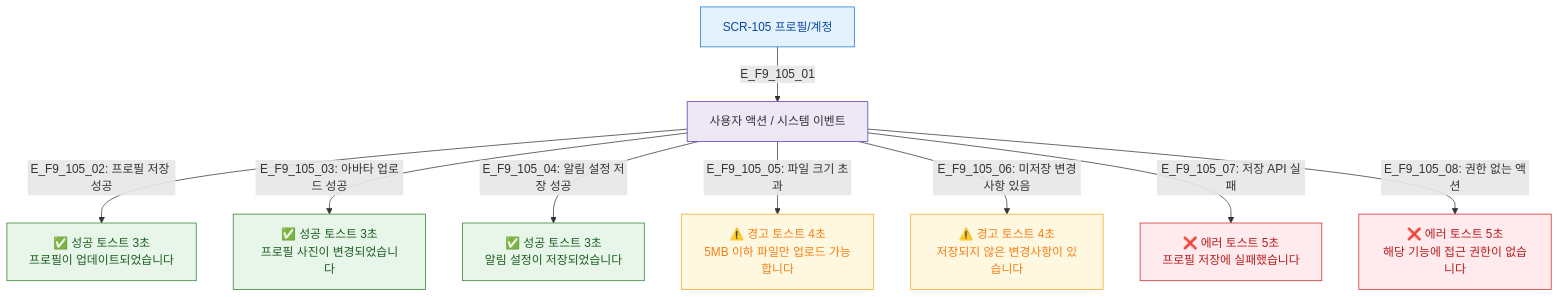
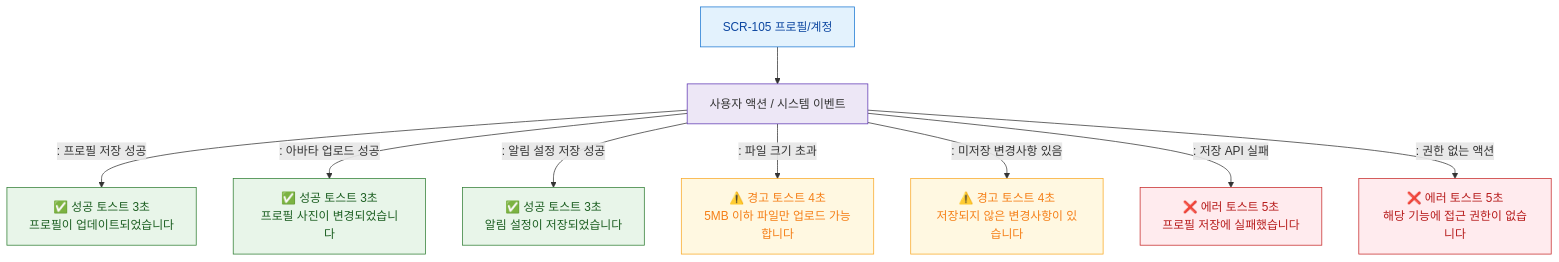
Before and after one commit to dev-spogym/admin-pando: the diagram in docs/다이어그램/D01_공통/SCR-105_프로필_계정/F9_토스트.md, drawn with Mermaid. The commit also changed other lines of this file and 1660 other files, not shown here.

First line of the commit message:
다이어그램: 기획자/클라이언트 납품본으로 정리

````diff
--- a/docs/다이어그램/D01_공통/SCR-105_프로필_계정/F9_토스트.md
+++ b/docs/다이어그램/D01_공통/SCR-105_프로필_계정/F9_토스트.md
@@ -19,25 +17,25 @@
 ```mermaid
 flowchart TD
-    SCR_105[SCR-105 프로필/계정] -->|E_F9_105_01| ACTIONS[사용자 액션 / 시스템 이벤트]
+    SCR_105[SCR-105 프로필/계정] --> ACTIONS[사용자 액션 / 시스템 이벤트]
 
-    ACTIONS -->|"E_F9_105_02: 프로필 저장 성공"| T_SUCCESS_1[✅ 성공 토스트 3초\n프로필이 업데이트되었습니다]
-    ACTIONS -->|"E_F9_105_03: 아바타 업로드 성공"| T_SUCCESS_2[✅ 성공 토스트 3초\n프로필 사진이 변경되었습니다]
-    ACTIONS -->|"E_F9_105_04: 알림 설정 저장 성공"| T_SUCCESS_3[✅ 성공 토스트 3초\n알림 설정이 저장되었습니다]
+    ACTIONS -->|": 프로필 저장 성공"|T_SUCCESS_1[✅ 성공 토스트 3초\n프로필이 업데이트되었습니다]
+    ACTIONS -->|": 아바타 업로드 성공"|T_SUCCESS_2[✅ 성공 토스트 3초\n프로필 사진이 변경되었습니다]
+    ACTIONS -->|": 알림 설정 저장 성공"|T_SUCCESS_3[✅ 성공 토스트 3초\n알림 설정이 저장되었습니다]
 
-    ACTIONS -->|"E_F9_105_05: 파일 크기 초과"| T_WARN_1[⚠️ 경고 토스트 4초\n5MB 이하 파일만 업로드 가능합니다]
-    ACTIONS -->|"E_F9_105_06: 미저장 변경사항 있음"| T_WARN_2[⚠️ 경고 토스트 4초\n저장되지 않은 변경사항이 있습니다]
+    ACTIONS -->|": 파일 크기 초과"|T_WARN_1[⚠️ 경고 토스트 4초\n5MB 이하 파일만 업로드 가능합니다]
+    ACTIONS -->|": 미저장 변경사항 있음"|T_WARN_2[⚠️ 경고 토스트 4초\n저장되지 않은 변경사항이 있습니다]
 
-    ACTIONS -->|"E_F9_105_07: 저장 API 실패"| T_ERR_1[❌ 에러 토스트 5초\n프로필 저장에 실패했습니다]
-    ACTIONS -->|"E_F9_105_08: 권한 없는 액션"| T_ERR_2[❌ 에러 토스트 5초\n해당 기능에 접근 권한이 없습니다]
+    ACTIONS -->|": 저장 API 실패"|T_ERR_1[❌ 에러 토스트 5초\n프로필 저장에 실패했습니다]
+    ACTIONS -->|": 권한 없는 액션"|T_ERR_2[❌ 에러 토스트 5초\n해당 기능에 접근 권한이 없습니다]
 
     classDef success fill:#E8F5E9,stroke:#2E7D32,color:#1B5E20
     classDef warning fill:#FFF8E1,stroke:#F9A825,color:#F57F17
-    classDef error   fill:#FFEBEE,stroke:#C62828,color:#B71C1C
-    classDef screen  fill:#E3F2FD,stroke:#1976D2,color:#0D47A1
-    classDef system  fill:#EDE7F6,stroke:#5E35B2
+    classDef error fill:#FFEBEE,stroke:#C62828,color:#B71C1C
+    classDef screen fill:#E3F2FD,stroke:#1976D2,color:#0D47A1
+    classDef system fill:#EDE7F6,stroke:#5E35B2
     class T_SUCCESS_1,T_SUCCESS_2,T_SUCCESS_3 success
     class T_WARN_1,T_WARN_2 warning
     class T_ERR_1,T_ERR_2 error
     class SCR_105 screen
     class ACTIONS system
 ```
````
